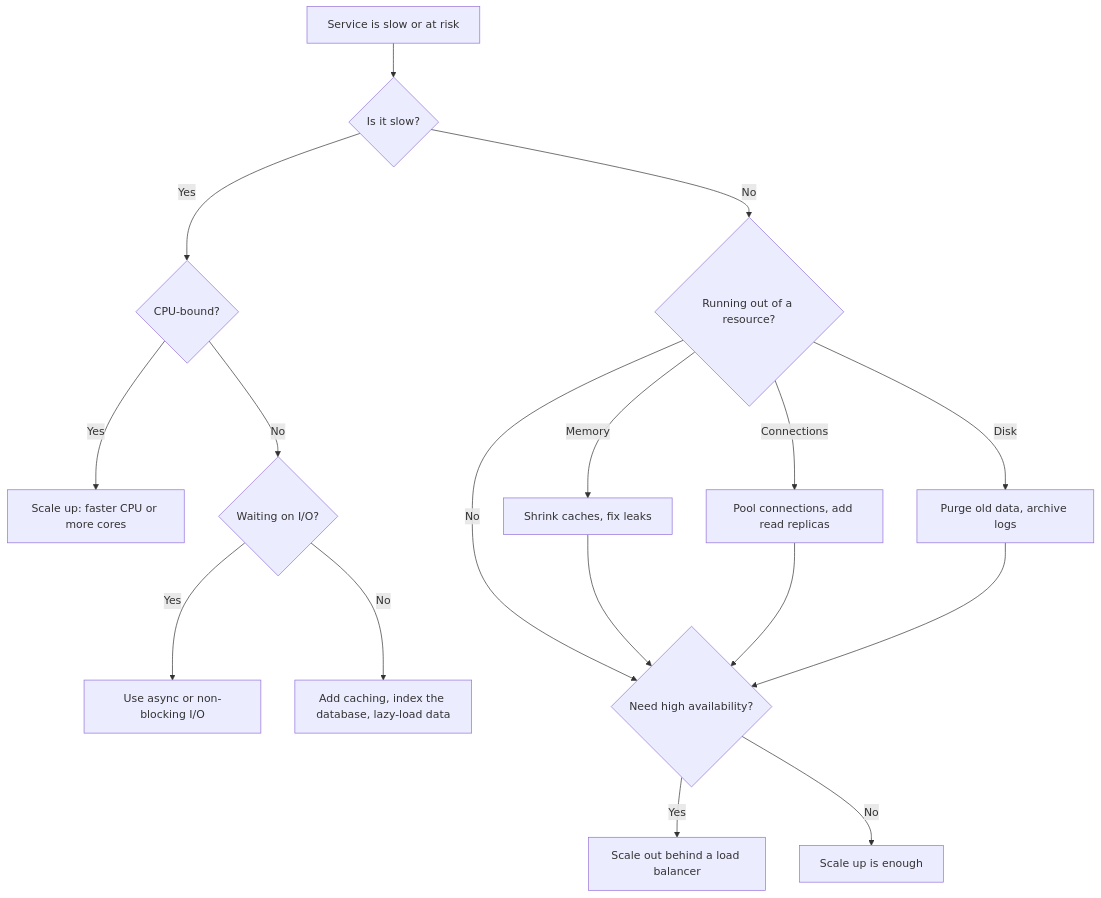
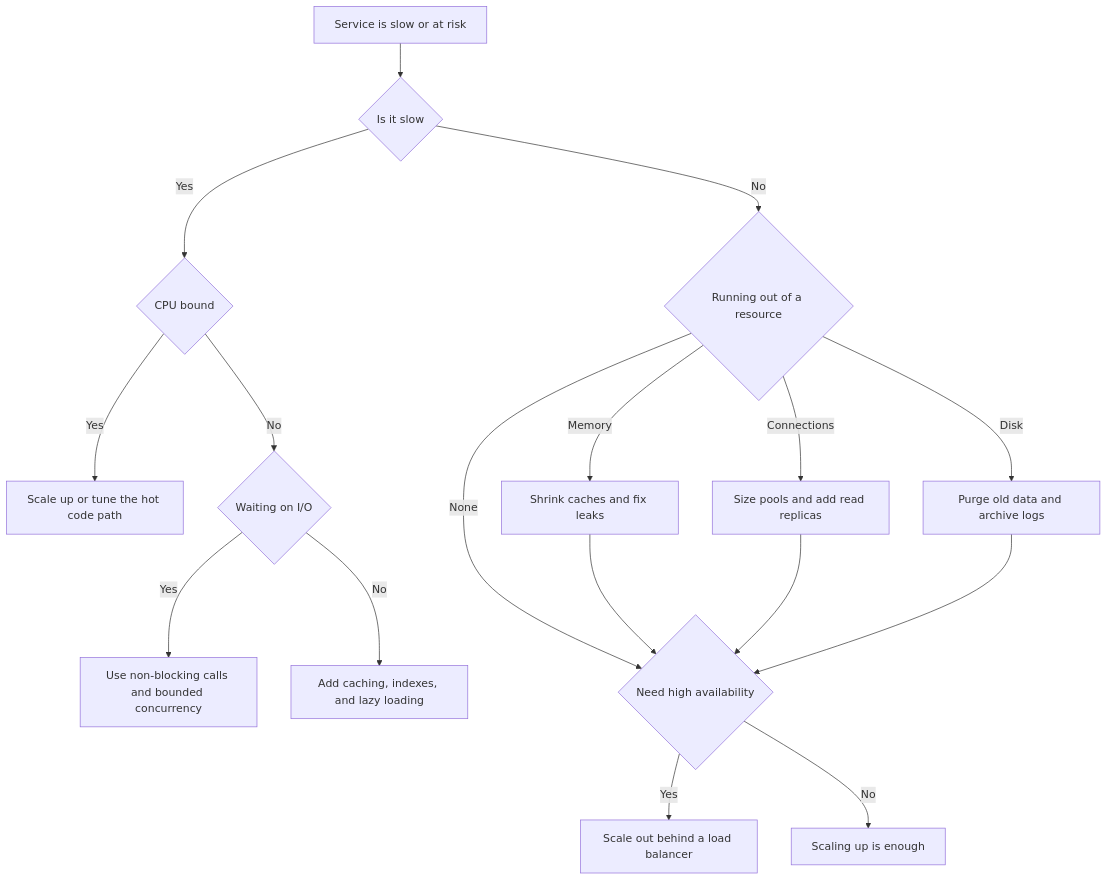
Before and after one commit to AthiraMohan14/Complete-Java-Resource-PlayBook: the first of 2 diagrams in docs/learning/19-system-design-fundamentals/scalability-and-failover.md, drawn with Mermaid. The commit also changed other lines of this file and 174 other files, not shown here.

````diff
--- a/docs/learning/19-system-design-fundamentals/scalability-and-failover.md
+++ b/docs/learning/19-system-design-fundamentals/scalability-and-failover.md
@@ -235,19 +24,19 @@
 ```mermaid
 flowchart TD
-    Start["Service is slow or at risk"] --> Slow{"Is it slow?"}
-    Slow -- Yes --> CPU{"CPU-bound?"}
-    CPU -- Yes --> UpCPU["Scale up: faster CPU or more cores"]
-    CPU -- No --> IO{"Waiting on I/O?"}
-    IO -- Yes --> Async["Use async or non-blocking I/O"]
-    IO -- No --> Tune["Add caching, index the database, lazy-load data"]
-    Slow -- No --> Res{"Running out of a resource?"}
-    Res -- Memory --> Mem["Shrink caches, fix leaks"]
-    Res -- Connections --> Conn["Pool connections, add read replicas"]
-    Res -- Disk --> Disk["Purge old data, archive logs"]
-    Res -- No --> HA{"Need high availability?"}
+    Start[Service is slow or at risk] --> Slow{Is it slow}
+    Slow -- Yes --> CPU{CPU bound}
+    CPU -- Yes --> UpCPU[Scale up or tune the hot code path]
+    CPU -- No --> IO{Waiting on I/O}
+    IO -- Yes --> Async[Use non-blocking calls and bounded concurrency]
+    IO -- No --> Tune[Add caching, indexes, and lazy loading]
+    Slow -- No --> Res{Running out of a resource}
+    Res -- Memory --> Mem[Shrink caches and fix leaks]
+    Res -- Connections --> Conn[Size pools and add read replicas]
+    Res -- Disk --> Disk[Purge old data and archive logs]
+    Res -- None --> HA{Need high availability}
     Mem --> HA
     Conn --> HA
     Disk --> HA
-    HA -- Yes --> Out["Scale out behind a load balancer"]
-    HA -- No --> UpOK["Scale up is enough"]
+    HA -- Yes --> Out[Scale out behind a load balancer]
+    HA -- No --> UpOK[Scaling up is enough]
 ```
````
